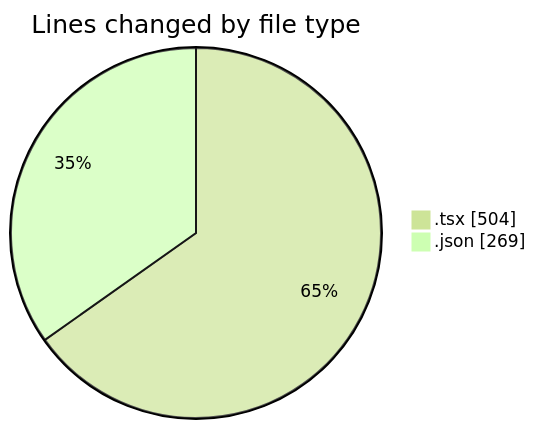
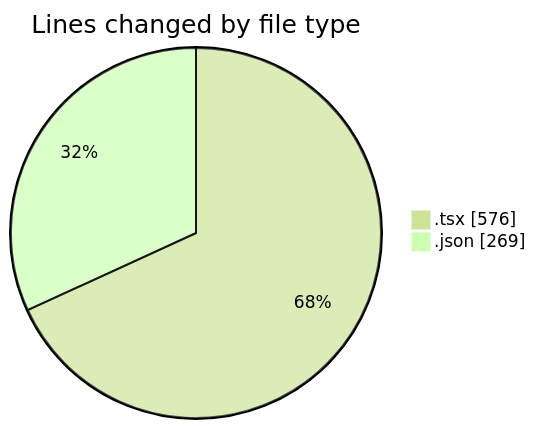
The first of 2 diagrams in 2026-01-09/cda/README.md (momahboobian/code-tracking), drawn with Mermaid (forest theme) before and after one commit. The commit also changed other lines of this file and 1 other file, not shown here.

````diff
--- a/2026-01-09/cda/README.md
+++ b/2026-01-09/cda/README.md
@@ -23,6 +23,6 @@
 ```mermaid
 pie showData
 title Lines changed by file type
-".tsx" : 504
+".tsx" : 576
 ".json" : 269
 ```
````
